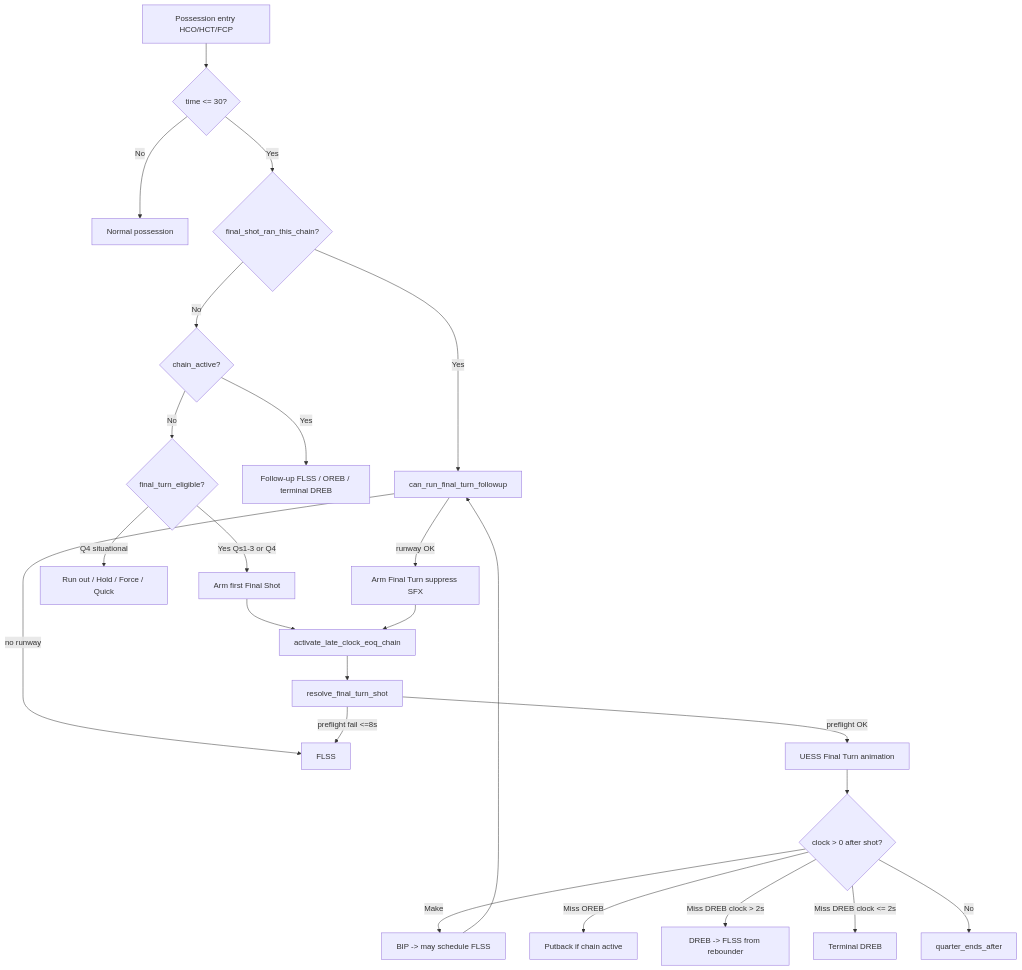
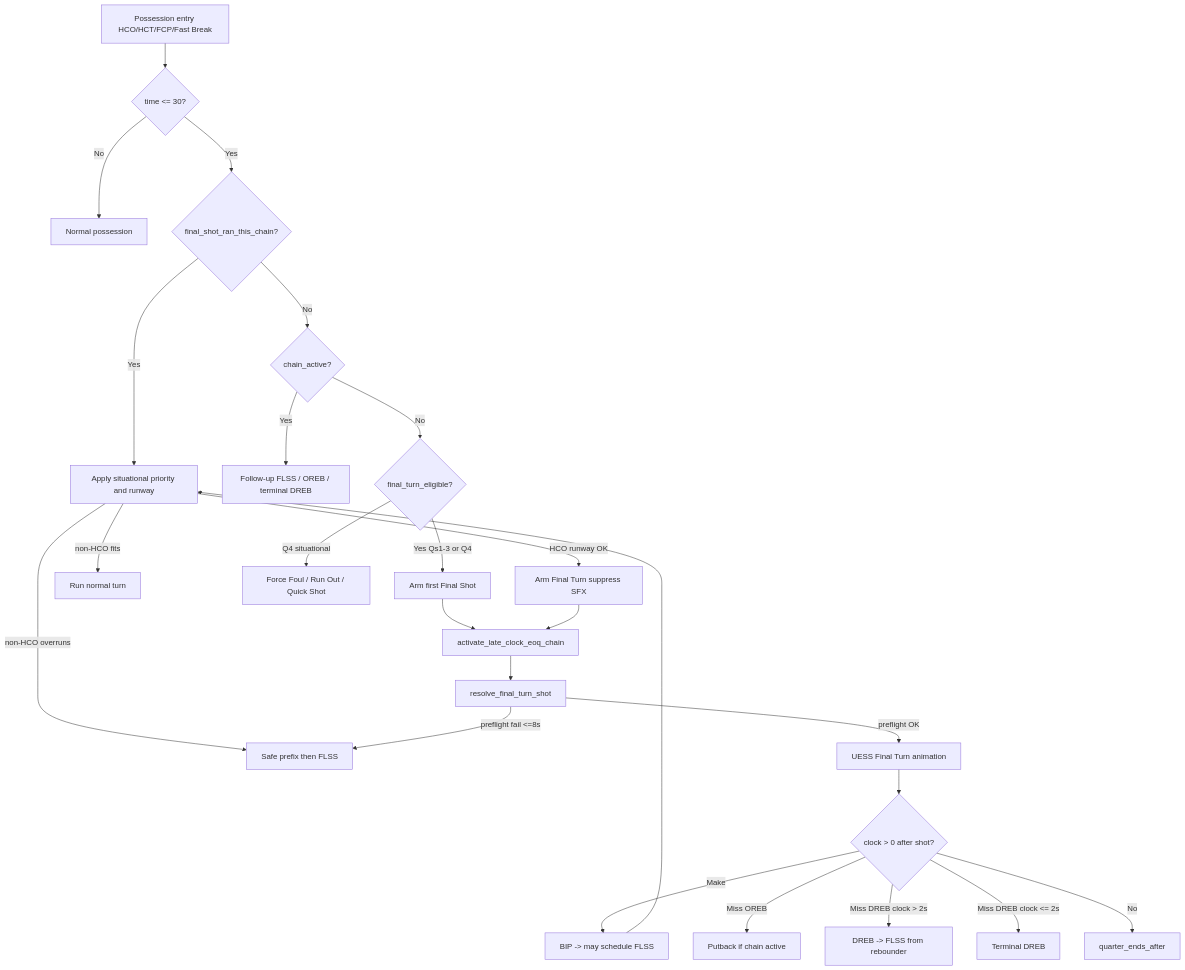
Before and after one commit to guyfromajax/gob-simplified: the diagram in _documentation_master/06_Gameplay_Systems/EOQ_System.md, drawn with Mermaid. The commit also changed other lines of this file and 48 other files, not shown here.

````diff
--- a/_documentation_master/06_Gameplay_Systems/EOQ_System.md
+++ b/_documentation_master/06_Gameplay_Systems/EOQ_System.md
@@ -97,26 +104,27 @@
 ```mermaid
 flowchart TD
-    A[Possession entry HCO/HCT/FCP] --> B{time <= 30?}
+    A[Possession entry HCO/HCT/FCP/Fast Break] --> B{time <= 30?}
     B -->|No| Z[Normal possession]
     B -->|Yes| C{final_shot_ran_this_chain?}
-    C -->|Yes| R[can_run_final_turn_followup]
-    R -->|runway OK| G2[Arm Final Turn suppress SFX]
-    R -->|no runway| L[FLSS]
+    C -->|Yes| R[Apply situational priority and runway]
+    R -->|HCO runway OK| G2[Arm Final Turn suppress SFX]
+    R -->|non-HCO fits| Z2[Run normal turn]
+    R -->|non-HCO overruns| L[Safe prefix then FLSS]
     C -->|No| D{chain_active?}
     D -->|Yes| E[Follow-up FLSS / OREB / terminal DREB]
     D -->|No| F{final_turn_eligible?}
-    F -->|Q4 situational| H[Run out / Hold / Force / Quick]
+    F -->|Q4 situational| H[Force Foul / Run Out / Quick Shot]
     F -->|Yes Qs1-3 or Q4| G[Arm first Final Shot]
     G --> I[activate_late_clock_eoq_chain]
     G2 --> I
     I --> J[resolve_final_turn_shot]
     J -->|preflight OK| K[UESS Final Turn animation]
     J -->|preflight fail <=8s| L
     K --> M{clock > 0 after shot?}
     M -->|Make| N[BIP -> may schedule FLSS]
     M -->|Miss OREB| O[Putback if chain active]
     M -->|Miss DREB clock > 2s| P2[DREB -> FLSS from rebounder]
     M -->|Miss DREB clock <= 2s| P[Terminal DREB]
     M -->|No| Q[quarter_ends_after]
     N --> R
 ```
````
